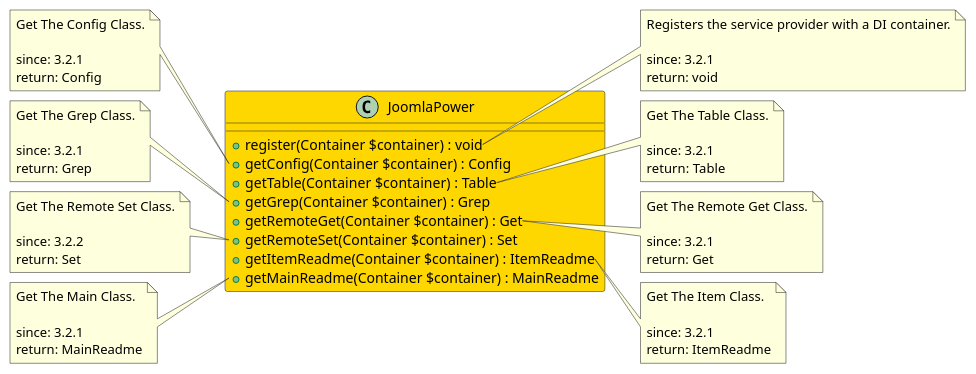
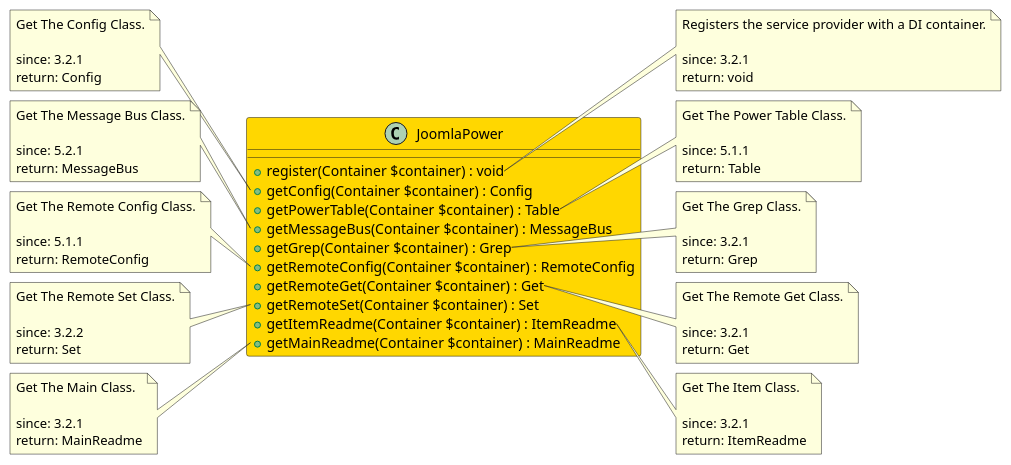
Before and after one commit to joomengine/jcb-compiler: the diagram in src/38e1ca3e-1908-459a-be87-9f83b292058f/README.md, drawn with PlantUML. The commit also changed 99 other files, not shown here.

```diff
--- a/src/38e1ca3e-1908-459a-be87-9f83b292058f/README.md
+++ b/src/38e1ca3e-1908-459a-be87-9f83b292058f/README.md
@@ -14,8 +14,10 @@
 class JoomlaPower  #Gold {
   + register(Container $container) : void
   + getConfig(Container $container) : Config
-  + getTable(Container $container) : Table
+  + getPowerTable(Container $container) : Table
+  + getMessageBus(Container $container) : MessageBus
   + getGrep(Container $container) : Grep
+  + getRemoteConfig(Container $container) : RemoteConfig
   + getRemoteGet(Container $container) : Get
   + getRemoteSet(Container $container) : Set
   + getItemReadme(Container $container) : ItemReadme
@@ -36,18 +38,32 @@
   return: Config
 end note
 
-note right of JoomlaPower::getTable
-  Get The Table Class.
+note right of JoomlaPower::getPowerTable
+  Get The Power Table Class.
 
-  since: 3.2.1
+  since: 5.1.1
   return: Table
 end note
 
-note left of JoomlaPower::getGrep
+note left of JoomlaPower::getMessageBus
+  Get The Message Bus Class.
+
+  since: 5.2.1
+  return: MessageBus
+end note
+
+note right of JoomlaPower::getGrep
   Get The Grep Class.
 
   since: 3.2.1
   return: Grep
+end note
+
+note left of JoomlaPower::getRemoteConfig
+  Get The Remote Config Class.
+
+  since: 5.1.1
+  return: RemoteConfig
 end note
 
 note right of JoomlaPower::getRemoteGet
```
